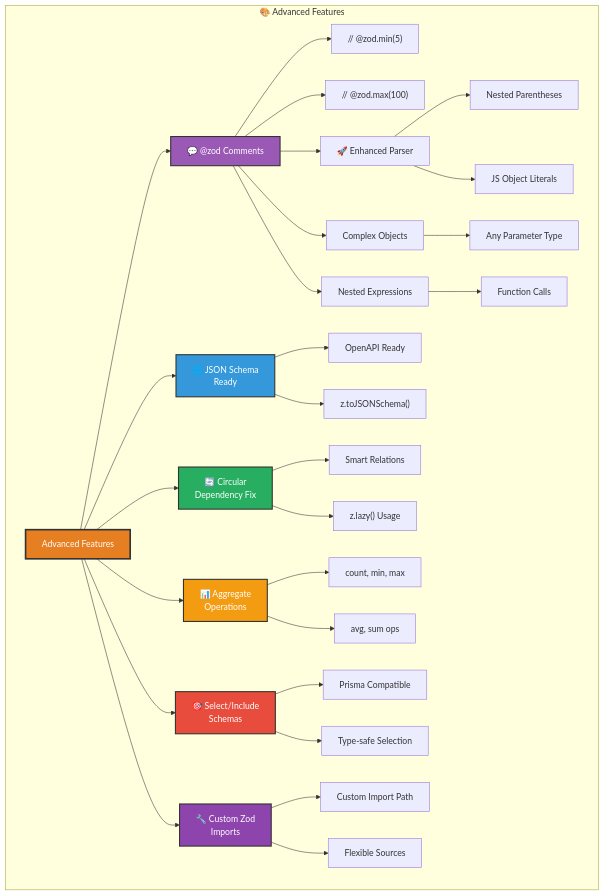
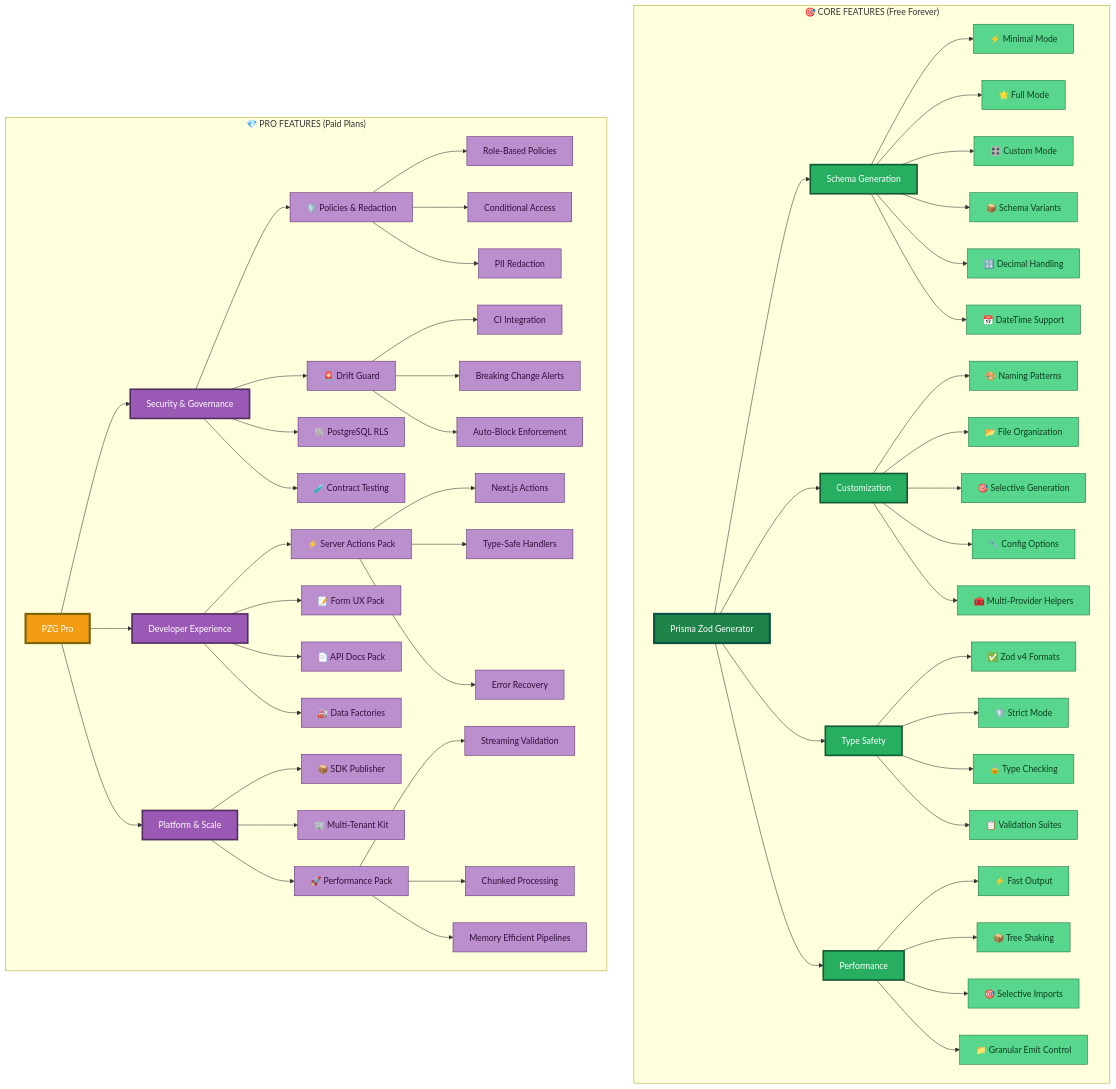
One commit to omar-dulaimi/prisma-zod-generator changed the diagram in README.md. Above: the diagram before and after it, drawn with Mermaid. The commit also changed other lines of this file and 100 other files, not shown here.

````diff
--- a/README.md
+++ b/README.md
@@ -467,45 +55,87 @@
 ```mermaid
-graph TD
-    subgraph "🎨 Advanced Features"
-        AF[Advanced Features] --> ZC["💬 @zod Comments"]
-        AF --> JSR["🌐 JSON Schema<br/>Ready"]
-        AF --> CDF["🔄 Circular<br/>Dependency Fix"]
-        AF --> AO["📊 Aggregate<br/>Operations"]
-        AF --> SIS["🎯 Select/Include<br/>Schemas"]
-        AF --> CZI["🔧 Custom Zod<br/>Imports"]
+graph TB
+    classDef coreRoot fill:#1e8449,stroke:#0b5345,stroke-width:4px,color:#fff;
+    classDef coreCategory fill:#27ae60,stroke:#145a32,stroke-width:3px,color:#fff;
+    classDef coreItem fill:#58d68d,stroke:#196f3d,color:#0b3d1f;
+    classDef proRoot fill:#f39c12,stroke:#7d6608,stroke-width:4px,color:#fff;
+    classDef proCategory fill:#9b59b6,stroke:#512e5f,stroke-width:3px,color:#fff;
+    classDef proItem fill:#bb8fce,stroke:#5b2c6f,color:#2e0f3a;
 
-        ZC --> ZC1["// @zod.min(5)"]
-        ZC --> ZC2["// @zod.max(100)"]
-        ZC --> ZC3["🚀 Enhanced Parser"]
-        ZC --> ZC4["Complex Objects"]
-        ZC --> ZC5["Nested Expressions"]
+    subgraph "🎯 CORE FEATURES (Free Forever)"
+        PZG[Prisma Zod Generator]
 
-        ZC3 --> ZC3A["Nested Parentheses"]
-        ZC3 --> ZC3B["JS Object Literals"]
-        ZC4 --> ZC4B["Any Parameter Type"]
-        ZC5 --> ZC5B["Function Calls"]
+        PZG --> GEN[Schema Generation]
+        PZG --> CUSTOM[Customization]
+        PZG --> SAFETY[Type Safety]
+        PZG --> PERF[Performance]
 
-        JSR --> JSR1["OpenAPI Ready"]
-        JSR --> JSR2["z.toJSONSchema()"]
+        GEN --> GEN1["⚡ Minimal Mode"]
+        GEN --> GEN2["🌟 Full Mode"]
+        GEN --> GEN3["🎛️ Custom Mode"]
+        GEN --> GEN4["📦 Schema Variants"]
+        GEN --> GEN5["🔢 Decimal Handling"]
+        GEN --> GEN6["📅 DateTime Support"]
 
-        CDF --> CDF1["Smart Relations"]
-        CDF --> CDF2["z.lazy() Usage"]
+        CUSTOM --> CUST1["🎨 Naming Patterns"]
+        CUSTOM --> CUST2["📂 File Organization"]
+        CUSTOM --> CUST3["🎯 Selective Generation"]
+        CUSTOM --> CUST4["🔧 Config Options"]
+        CUSTOM --> CUST5["🧰 Multi-Provider Helpers"]
 
-        AO --> AO1["count, min, max"]
-        AO --> AO2["avg, sum ops"]
+        SAFETY --> SAFE1["✅ Zod v4 Formats"]
+        SAFETY --> SAFE2["🛡️ Strict Mode"]
+        SAFETY --> SAFE3["🔒 Type Checking"]
+        SAFETY --> SAFE4["📋 Validation Suites"]
 
-        SIS --> SIS1["Prisma Compatible"]
-        SIS --> SIS2["Type-safe Selection"]
-
-        CZI --> CZI1["Custom Import Path"]
-        CZI --> CZI2["Flexible Sources"]
+        PERF --> PERF1["⚡ Fast Output"]
+        PERF --> PERF2["📦 Tree Shaking"]
+        PERF --> PERF3["🎯 Selective Imports"]
+        PERF --> PERF4["📁 Granular Emit Control"]
     end
 
-    style AF fill:#e67e22,stroke:#333,stroke-width:3px,color:#fff
-    style ZC fill:#9b59b6,stroke:#333,stroke-width:2px,color:#fff
-    style JSR fill:#3498db,stroke:#333,stroke-width:2px,color:#fff
-    style CDF fill:#27ae60,stroke:#333,stroke-width:2px,color:#fff
-    style AO fill:#f39c12,stroke:#333,stroke-width:2px,color:#fff
-    style SIS fill:#e74c3c,stroke:#333,stroke-width:2px,color:#fff
-    style CZI fill:#8e44ad,stroke:#333,stroke-width:2px,color:#fff
+    subgraph "💎 PRO FEATURES (Paid Plans)"
+        PRO[PZG Pro]
+
+        PRO --> SEC[Security & Governance]
+        PRO --> DEV[Developer Experience]
+        PRO --> PLAT[Platform & Scale]
+
+        SEC --> SEC1["🛡️ Policies & Redaction"]
+        SEC --> SEC2["🚨 Drift Guard"]
+        SEC --> SEC3["🐘 PostgreSQL RLS"]
+        SEC --> SEC4["🧪 Contract Testing"]
+
+        SEC1 --> SEC1A["Role-Based Policies"]
+        SEC1 --> SEC1B["Conditional Access"]
+        SEC1 --> SEC1C["PII Redaction"]
+
+        SEC2 --> SEC2A["CI Integration"]
+        SEC2 --> SEC2B["Breaking Change Alerts"]
+        SEC2 --> SEC2C["Auto-Block Enforcement"]
+
+        DEV --> DEV1["⚡ Server Actions Pack"]
+        DEV --> DEV2["📝 Form UX Pack"]
+        DEV --> DEV3["📄 API Docs Pack"]
+        DEV --> DEV4["🏭 Data Factories"]
+
+        DEV1 --> DEV1A["Next.js Actions"]
+        DEV1 --> DEV1B["Type-Safe Handlers"]
+        DEV1 --> DEV1C["Error Recovery"]
+
+        PLAT --> PLAT1["📦 SDK Publisher"]
+        PLAT --> PLAT2["🏢 Multi-Tenant Kit"]
+        PLAT --> PLAT3["🚀 Performance Pack"]
+
+        PLAT3 --> PLAT3A["Streaming Validation"]
+        PLAT3 --> PLAT3B["Chunked Processing"]
+        PLAT3 --> PLAT3C["Memory Efficient Pipelines"]
+    end
+
+    class PZG coreRoot;
+    class GEN,CUSTOM,SAFETY,PERF coreCategory;
+    class GEN1,GEN2,GEN3,GEN4,GEN5,GEN6,CUST1,CUST2,CUST3,CUST4,CUST5,SAFE1,SAFE2,SAFE3,SAFE4,PERF1,PERF2,PERF3,PERF4 coreItem;
+
+    class PRO proRoot;
+    class SEC,DEV,PLAT proCategory;
+    class SEC1,SEC2,SEC3,SEC4,SEC1A,SEC1B,SEC1C,SEC2A,SEC2B,SEC2C,DEV1,DEV2,DEV3,DEV4,DEV1A,DEV1B,DEV1C,PLAT1,PLAT2,PLAT3,PLAT3A,PLAT3B,PLAT3C proItem;
 ```
````
